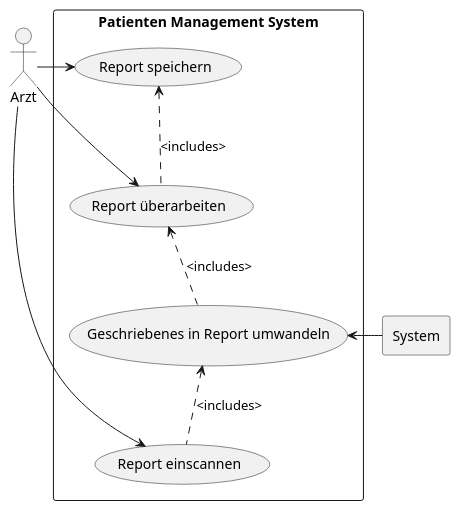
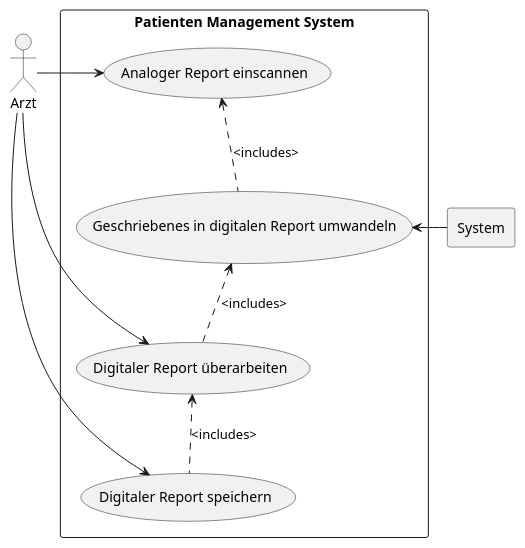
The diagram in doc/task2/usecases/Raport digitalisierung.puml (thetractor/ch.bfh.bti7081.s2019.orange), drawn with PlantUML before and after one commit. The commit also changed 4 other files, not shown here.

Commit message:
Review usecase diagrams

```diff
--- a/doc/task2/usecases/Raport digitalisierung.puml
+++ b/doc/task2/usecases/Raport digitalisierung.puml
@@ -1,23 +1,23 @@
 @startuml
 actor Arzt
 rectangle System
 
 rectangle "Patienten Management System" as pms {
-    (Report einscannen) as scan
-    (Geschriebenes in Report umwandeln) as convert
-    (Report überarbeiten) as edit
-    (Report speichern) as save
+    (Analoger Report einscannen) as scan
+    (Geschriebenes in digitalen Report umwandeln) as convert
+    (Digitaler Report überarbeiten) as edit
+    (Digitaler Report speichern) as save
 
-    scan .up.> convert: <includes>
-    convert .up.> edit: <includes>
-    edit .up.> save: <includes>
+    scan <.down. convert: <includes>
+    convert <.down. edit: <includes>
+    edit <.down. save: <includes>
 }
 
 Arzt -right-> scan
 Arzt -right-> edit
 Arzt -right-> save
 
 System -left-> convert
 
 
 @enduml
```
